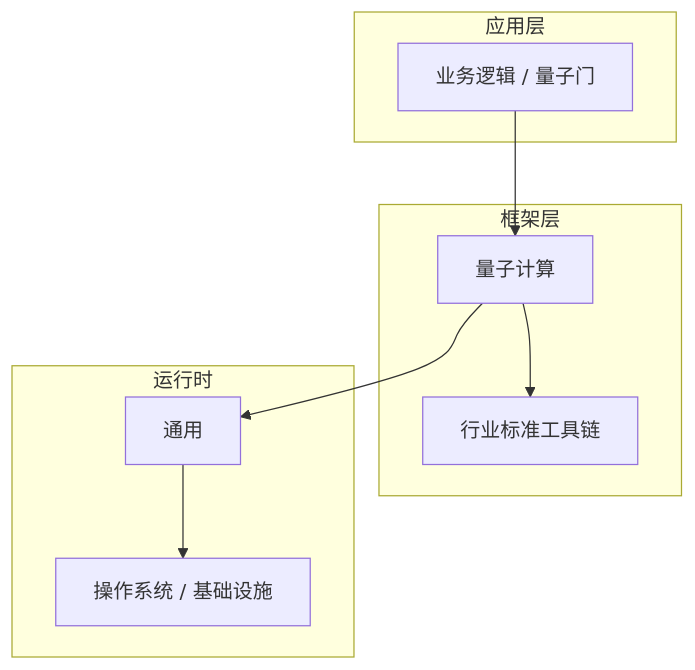
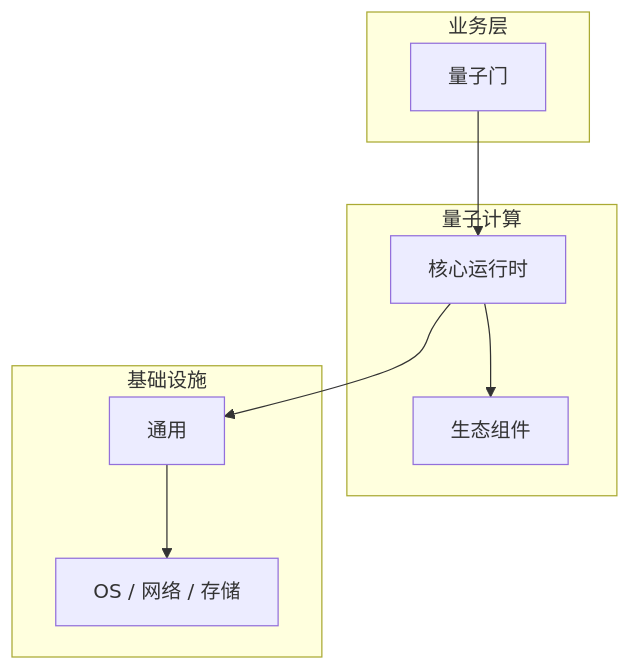
One commit to yanggan2015/knowledge-json-v2 changed the diagram in articles/量子计算/chapters/011-量子门核心概念与原理.md. Above: the diagram before and after it, drawn with Mermaid. The commit also changed other lines of this file and 10127 other files, not shown here.

````diff
--- a/articles/量子计算/chapters/011-量子门核心概念与原理.md
+++ b/articles/量子计算/chapters/011-量子门核心概念与原理.md
@@ -45,18 +30,18 @@
 ```mermaid
 graph TB
-    subgraph 应用层
-        A[业务逻辑 / 量子门]
+    subgraph 业务层
+        A[量子门]
     end
-    subgraph 框架层
-        B[量子计算]
-        C[行业标准工具链]
+    subgraph 量子计算
+        B[核心运行时]
+        C[生态组件]
     end
-    subgraph 运行时
+    subgraph 基础设施
         D[通用]
-        E[操作系统 / 基础设施]
+        E[OS / 网络 / 存储]
     end
     A --> B
     B --> C
     B --> D
     D --> E
 ```
````
